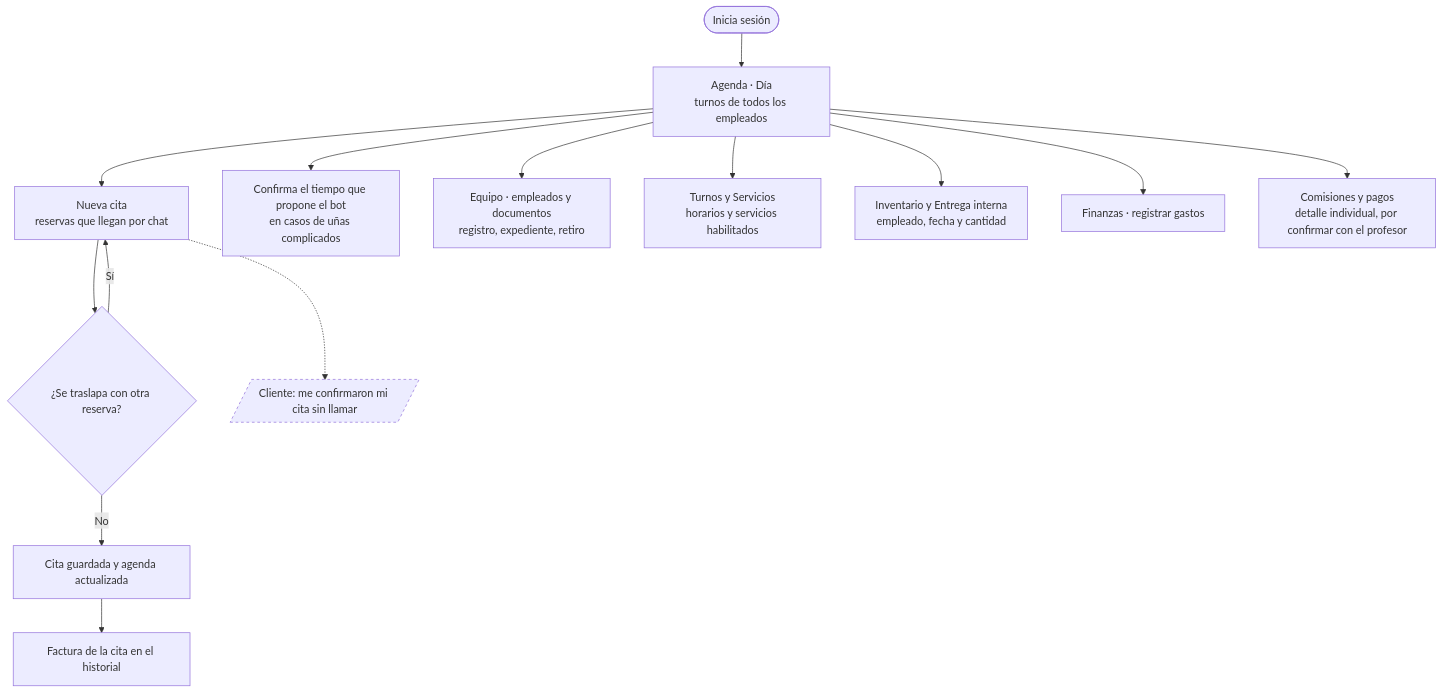
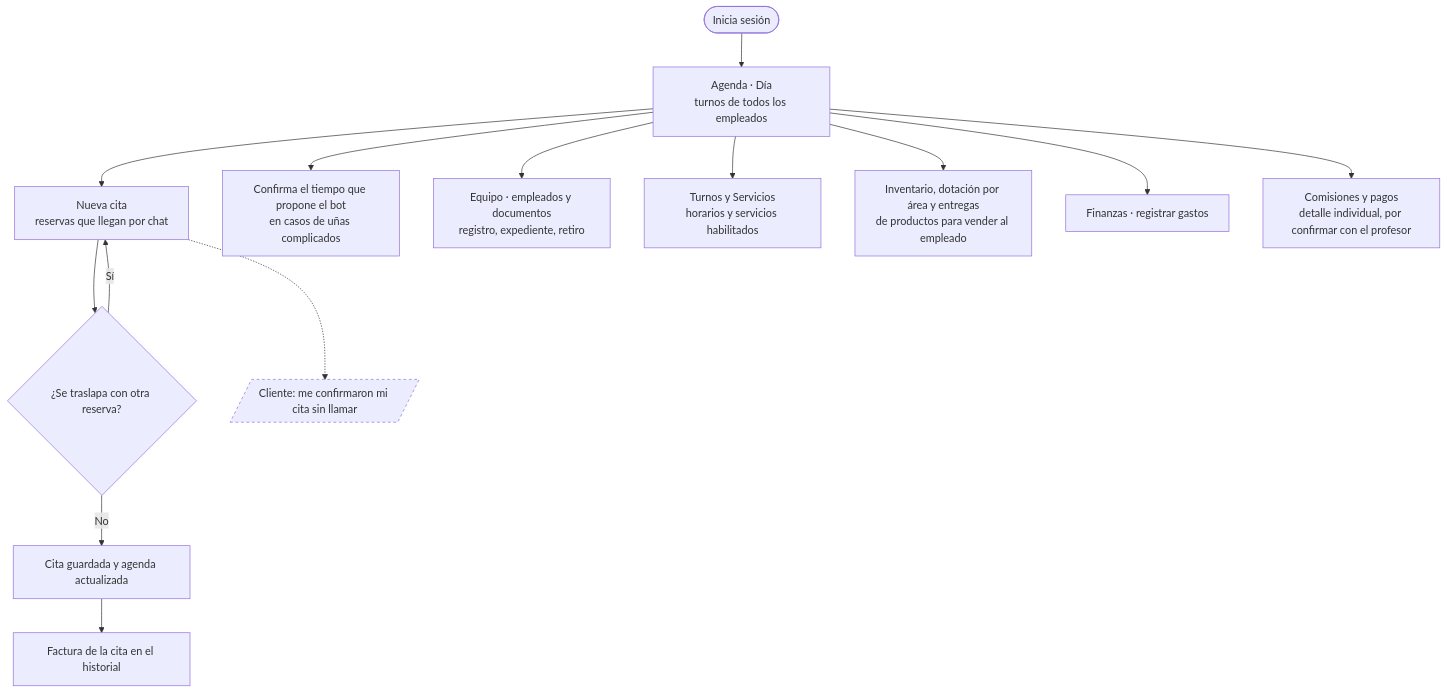
The third of 4 diagrams in docs/flujos-de-usuario.md (svzapatac/Citara), drawn with Mermaid before and after one commit. The commit also changed other lines of this file and 7 other files, not shown here.

First line of the commit message:
Barbería y cejas, productos con descuento mensual, dotación por área, turnos múltiples, documentos sin vencimiento

````diff
--- a/docs/flujos-de-usuario.md
+++ b/docs/flujos-de-usuario.md
@@ -57,17 +59,17 @@
 ```mermaid
 flowchart TD
     A([Inicia sesión]) --> B[Agenda · Día<br/>turnos de todos los empleados]
     B --> C[Nueva cita<br/>reservas que llegan por chat]
     C --> D{¿Se traslapa con otra reserva?}
     D -- Sí --> C
     D -- No --> E[Cita guardada y agenda actualizada]
     E --> F[Factura de la cita en el historial]
     B --> G[Confirma el tiempo que propone el bot<br/>en casos de uñas complicados]
     B --> H[Equipo · empleados y documentos<br/>registro, expediente, retiro]
     B --> I[Turnos y Servicios<br/>horarios y servicios habilitados]
-    B --> J[Inventario y Entrega interna<br/>empleado, fecha y cantidad]
+    B --> J[Inventario, dotación por área y entregas<br/>de productos para vender al empleado]
     B --> K[Finanzas · registrar gastos]
     B --> L[Comisiones y pagos<br/>detalle individual, por confirmar con el profesor]
     C -.-> c1[/"Cliente: me confirmaron mi cita sin llamar"/]
     style c1 stroke-dasharray: 4 4
 ```
````
